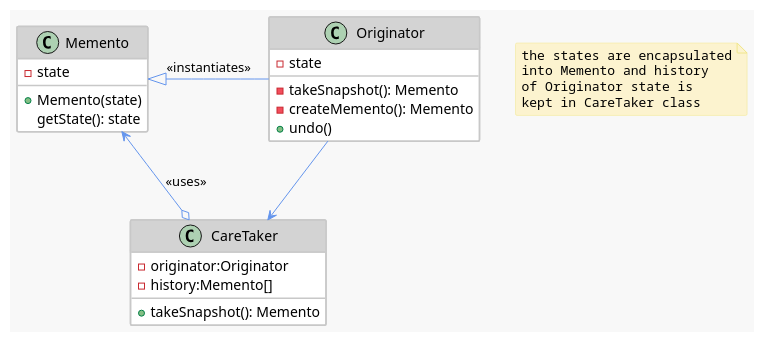
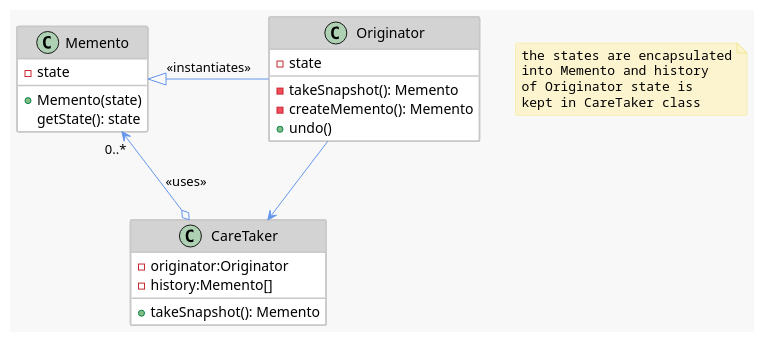
One commit to bbakla/DesignPatternsWithJava changed the diagram in doc/MementoPattern.puml. Above: the diagram before and after it, drawn with PlantUML. The commit also changed 1 other file, not shown here.

```diff
--- a/doc/MementoPattern.puml
+++ b/doc/MementoPattern.puml
@@ -1,48 +1,48 @@
 @startuml
 skinparam BackgroundColor #F8F8F8
 skinparam  Shadowing false
 skinparam RoundCorner 3
 skinparam noteBorderColor Khaki
 skinparam noteBackgroundColor #FCF3CF
 skinparam noteFontName Courier
 skinparam noteFontSite 4
 
 skinparam class {
 BackgroundColor white
 ArrowColor CornFlowerBlue
 BorderColor #C8C8C8
 BorderThickness 1.5
 HeaderBackgroundColor LightGrey
 }
 
 class Memento{
   - state
   + Memento(state)
     getState(): state
 }
 
 class Originator {
   - state
   - takeSnapshot(): Memento
   - createMemento(): Memento
   + undo()
 }
 
 class CareTaker {
  - originator:Originator
  - history:Memento[]
  + takeSnapshot(): Memento
 }
 
 note as N1
   the states are encapsulated
   into Memento and history
   of Originator state is
   kept in CareTaker class
 end note
 
 Memento <|-r- Originator  :<<instantiates>>
-CareTaker o--> Memento :<<uses>>
+CareTaker  o--> "0..*" Memento :<<uses>>
 Originator --> CareTaker
 
 @enduml
```
